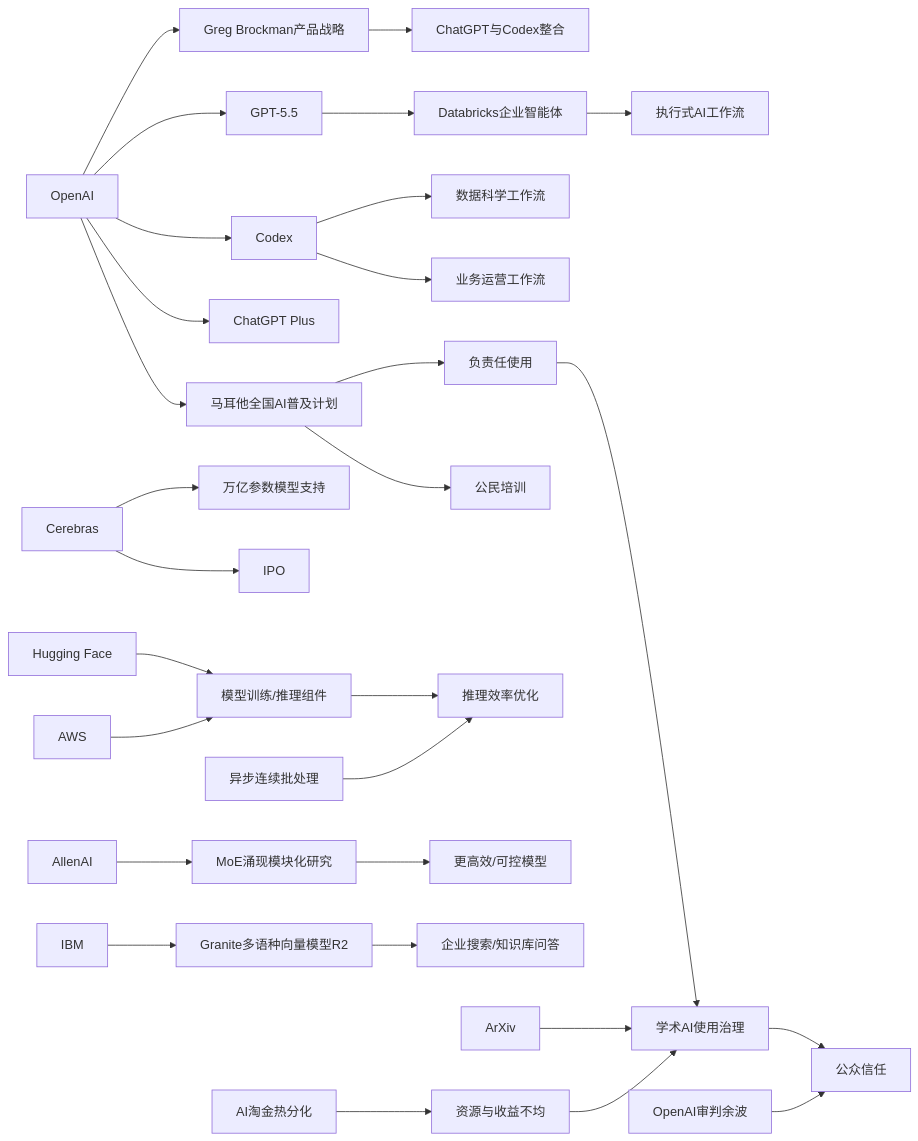
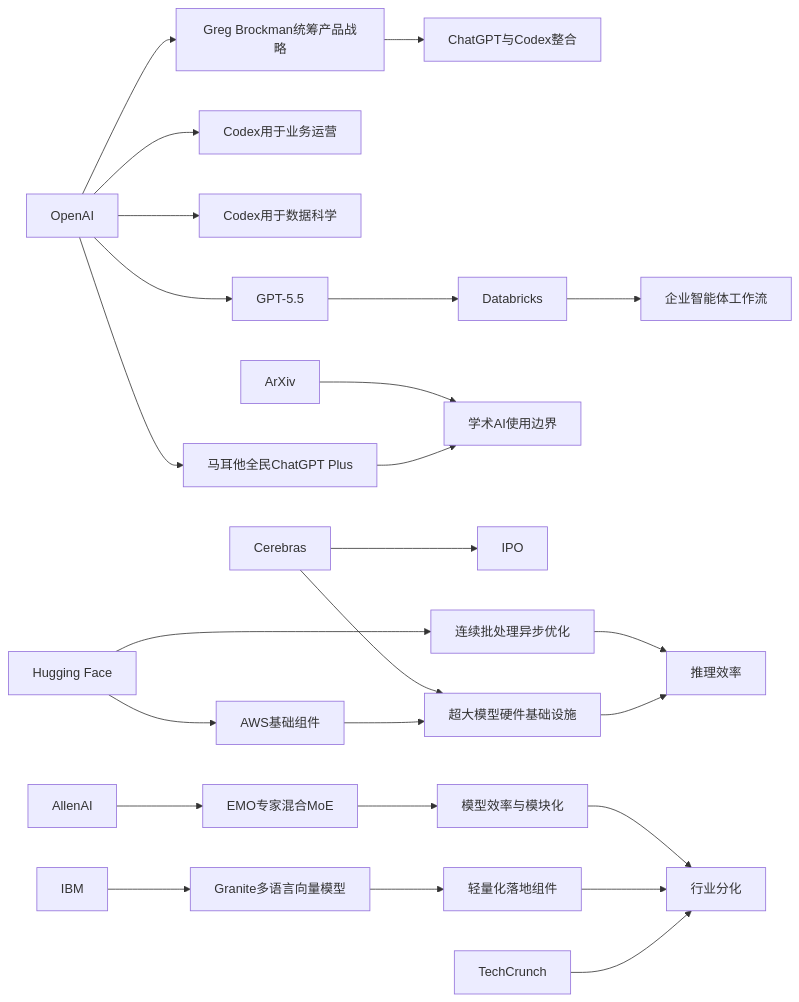
One commit to zhuxinfei/ai-daily-site changed the diagram in content/cn/2026/2026-05/2026-05-17.md. Above: the diagram before and after it, drawn with Mermaid. The commit also changed other lines of this file, not shown here.

````diff
--- a/content/cn/2026/2026-05/2026-05-17.md
+++ b/content/cn/2026/2026-05/2026-05-17.md
@@ -117,40 +110,30 @@
 ```mermaid
 graph LR
-    OpenAI --> Malta[马耳他全国AI普及计划]
-    OpenAI --> ChatGPT[ChatGPT Plus]
-    OpenAI --> Codex[Codex]
+    OpenAI --> Malta[马耳他全民ChatGPT Plus]
+    OpenAI --> CodexBiz[Codex用于业务运营]
+    OpenAI --> CodexDS[Codex用于数据科学]
     OpenAI --> GPT55[GPT-5.5]
-    OpenAI --> Brockman[Greg Brockman产品战略]
+    OpenAI --> Brockman[Greg Brockman统筹产品战略]
     Brockman --> Integration[ChatGPT与Codex整合]
+    GPT55 --> Databricks
+    Databricks --> AgentWF[企业智能体工作流]
 
-    Malta --> Training[公民培训]
-    Malta --> ResponsibleAI[负责任使用]
-
-    Codex --> BizOps[业务运营工作流]
-    Codex --> DataScience[数据科学工作流]
-
-    GPT55 --> Databricks[Databricks企业智能体]
-    Databricks --> AgentWorkflow[执行式AI工作流]
+    ArXiv --> Governance[学术AI使用边界]
+    Malta --> Governance
 
     Cerebras --> IPO[IPO]
-    Cerebras --> TrillionModel[万亿参数模型支持]
+    Cerebras --> Infra[超大模型硬件基础设施]
+    AWS[AWS基础组件] --> Infra
+    HF[Hugging Face] --> AWS
+    HF --> Async[连续批处理异步优化]
+    Async --> Inference[推理效率]
+    Infra --> Inference
 
-    AWS[AWS] --> InfraStack[模型训练/推理组件]
-    HuggingFace[Hugging Face] --> InfraStack
-    AsyncBatch[异步连续批处理] --> InferenceOpt[推理效率优化]
-    InfraStack --> InferenceOpt
-
-    AllenAI[AllenAI] --> EMO[MoE涌现模块化研究]
-    EMO --> EfficientModel[更高效/可控模型]
-
-    IBM --> Granite[Granite多语种向量模型R2]
-    Granite --> EnterpriseSearch[企业搜索/知识库问答]
-
-    ArXiv --> Governance[学术AI使用治理]
-    ResponsibleAI --> Governance
-    Trial[OpenAI审判余波] --> Trust[公众信任]
-    Governance --> Trust
-
-    AIGoldRush[AI淘金热分化] --> ResourceGap[资源与收益不均]
-    ResourceGap --> Governance
+    AllenAI --> EMO[EMO专家混合MoE]
+    IBM --> Granite[Granite多语言向量模型]
+    EMO --> ModelTrend[模型效率与模块化]
+    Granite --> AppTrend[轻量化落地组件]
+    ModelTrend --> IndustryGap[行业分化]
+    AppTrend --> IndustryGap
+    TechCrunch[TechCrunch] --> IndustryGap
 ```
````
